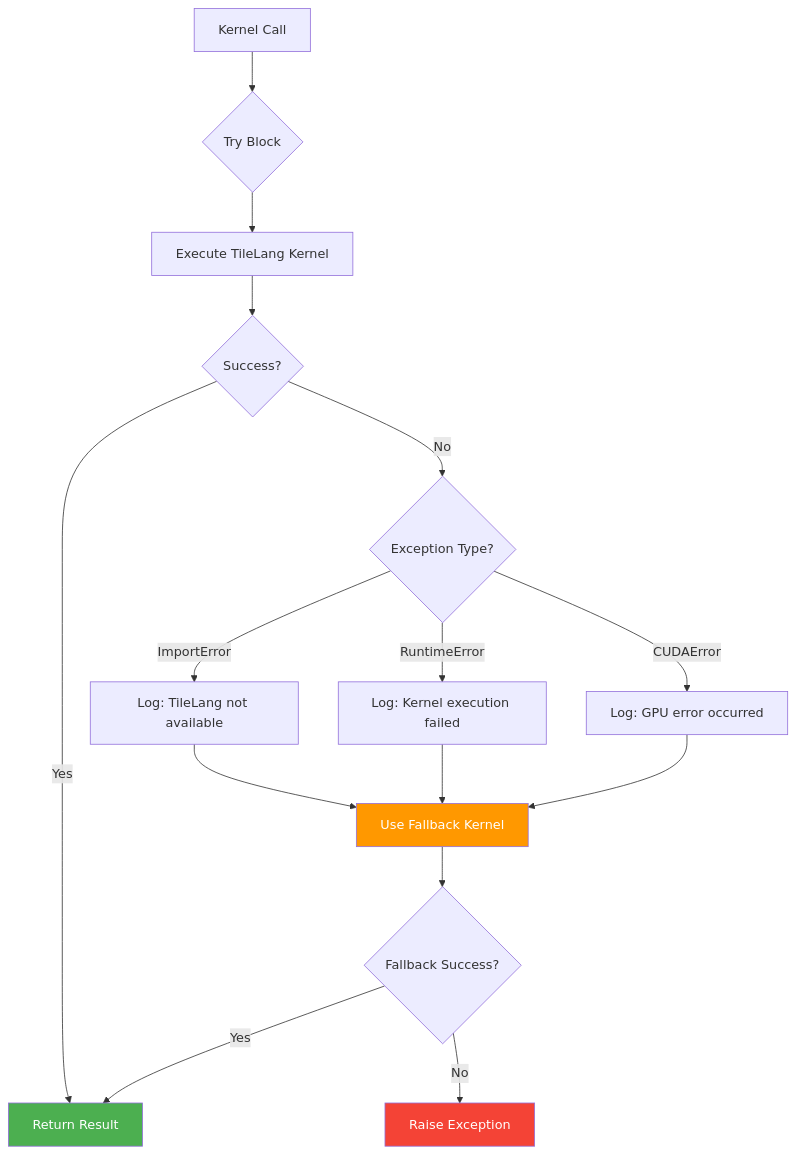
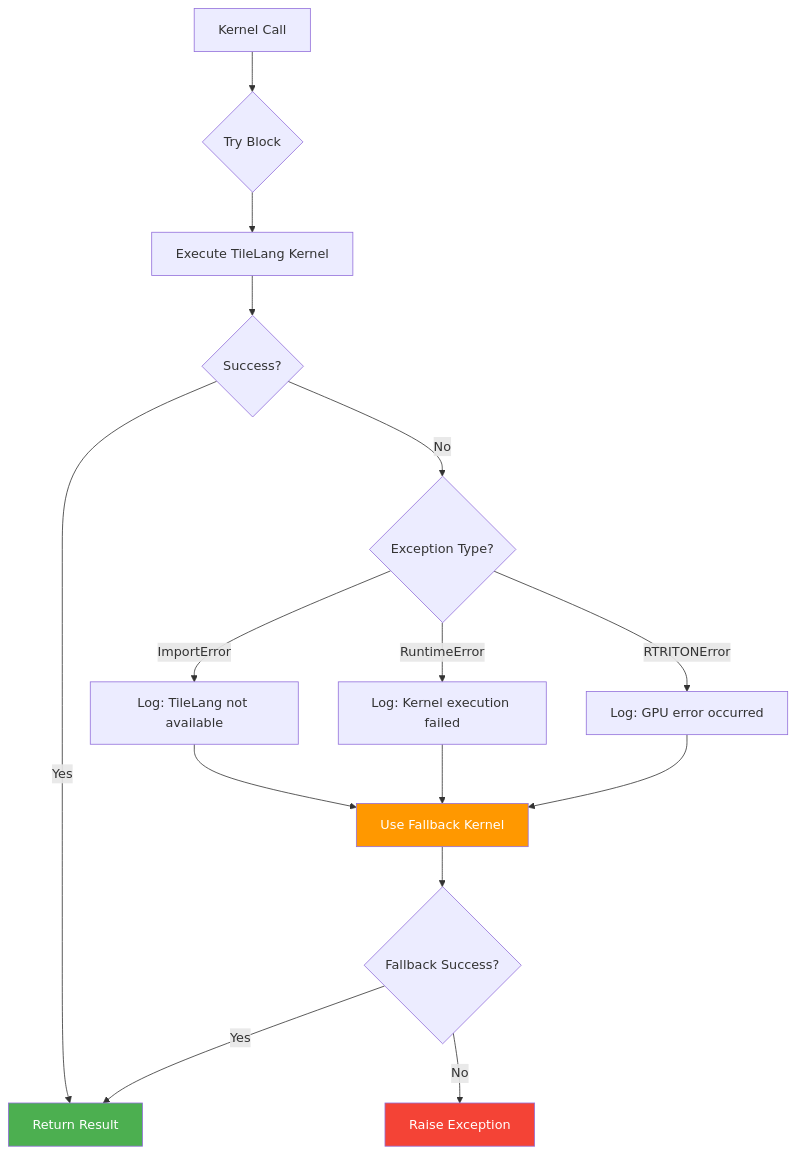
One commit to Ammar-Alnagar/Chimera changed diagram 13 of 14 in docs/developer_guide/tilelang_visual_guide.md. Above: the diagram before and after it, drawn with Mermaid. The commit also changed other lines of this file and 822 other files, not shown here.

Commit message:
refactor: unify infrastructure by removing legacy CUDA graph and IPC utilities and standardizing kernel interfaces.

````diff
--- a/docs/developer_guide/tilelang_visual_guide.md
+++ b/docs/developer_guide/tilelang_visual_guide.md
@@ -442,28 +442,28 @@
 ```mermaid
 flowchart TD
     Start[Kernel Call] --> Try{Try Block}
     
     Try --> Execute[Execute TileLang Kernel]
     Execute --> Check{Success?}
     
     Check -->|Yes| Return[Return Result]
     
     Check -->|No| Catch{Exception Type?}
     
     Catch -->|ImportError| Log1[Log: TileLang not available]
     Catch -->|RuntimeError| Log2[Log: Kernel execution failed]
-    Catch -->|CUDAError| Log3[Log: GPU error occurred]
+    Catch -->|RTRITONError| Log3[Log: GPU error occurred]
     
     Log1 --> Fallback[Use Fallback Kernel]
     Log2 --> Fallback
     Log3 --> Fallback
     
     Fallback --> FallbackCheck{Fallback Success?}
     
     FallbackCheck -->|Yes| Return
     FallbackCheck -->|No| Raise[Raise Exception]
     
     style Return fill:#4CAF50,color:#fff
     style Fallback fill:#FF9800,color:#fff
     style Raise fill:#F44336,color:#fff
 ```
````
